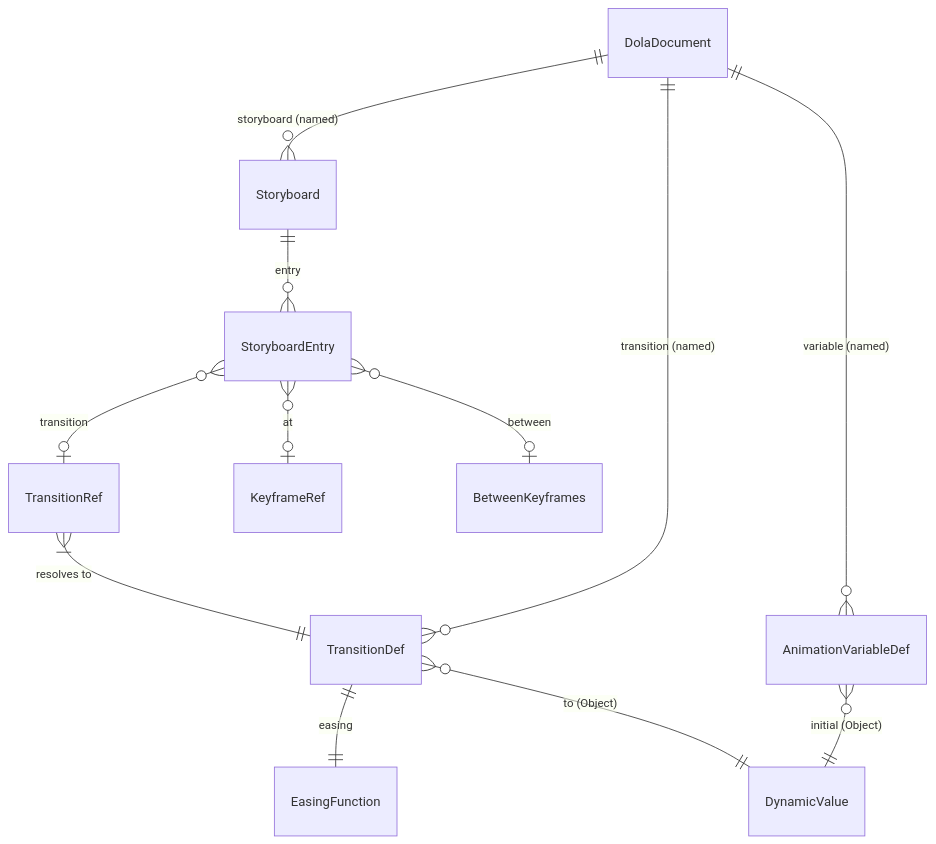
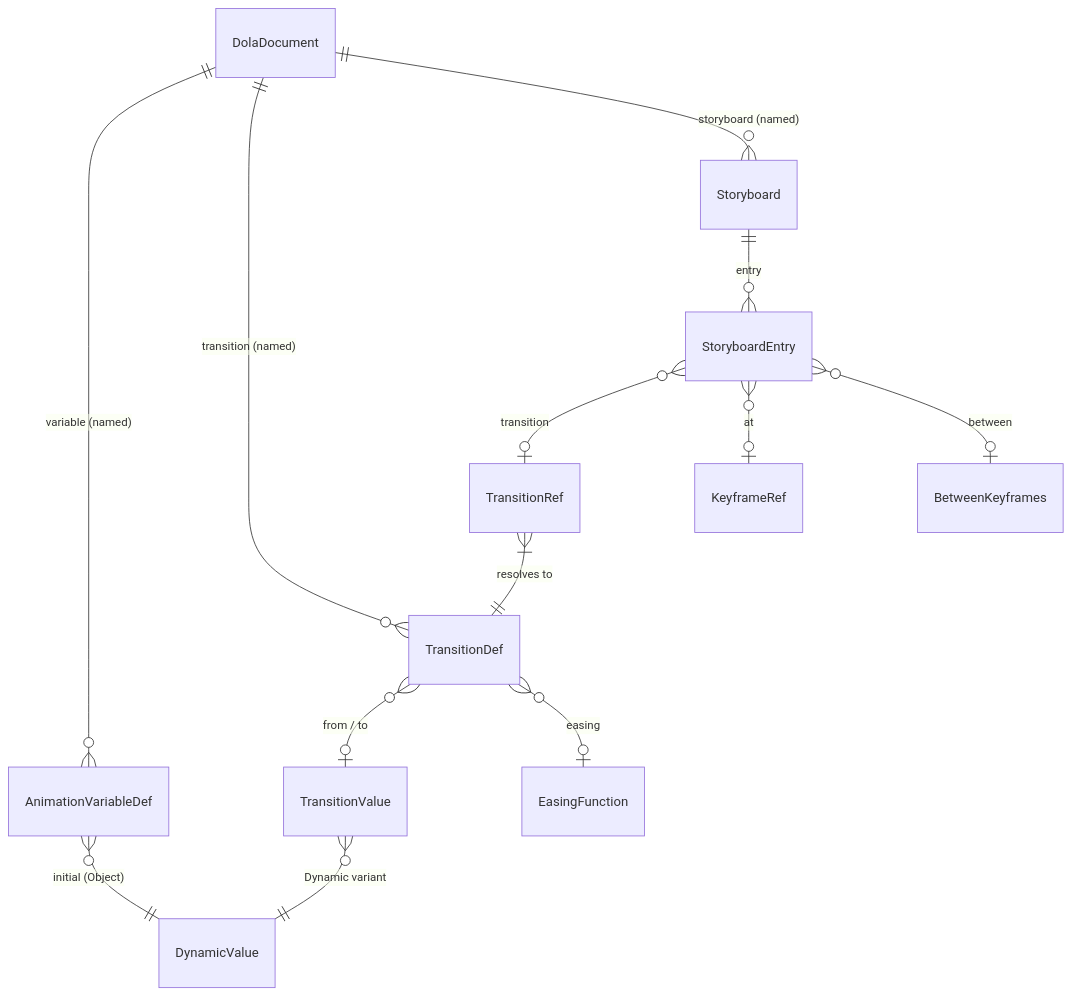
The second of 2 diagrams in .kiro/specs/dola-animation-system/design.md (ekicyou/dcomp_sample-rs), drawn with Mermaid before and after one commit. The commit also changed other lines of this file and 2 other files, not shown here.

````diff
--- a/.kiro/specs/dola-animation-system/design.md
+++ b/.kiro/specs/dola-animation-system/design.md
@@ -338,14 +348,15 @@
 ```mermaid
 erDiagram
     DolaDocument ||--o{ AnimationVariableDef : "variable (named)"
     DolaDocument ||--o{ TransitionDef : "transition (named)"
     DolaDocument ||--o{ Storyboard : "storyboard (named)"
     Storyboard ||--o{ StoryboardEntry : entry
     StoryboardEntry }o--o| TransitionRef : transition
     TransitionRef }|--|| TransitionDef : "resolves to"
-    TransitionDef ||--|| EasingFunction : easing
+    TransitionDef }o--o| TransitionValue : "from / to"
+    TransitionDef }o--o| EasingFunction : easing
+    TransitionValue }o--|| DynamicValue : "Dynamic variant"
     StoryboardEntry }o--o| KeyframeRef : at
     StoryboardEntry }o--o| BetweenKeyframes : between
     AnimationVariableDef }o--|| DynamicValue : "initial (Object)"
-    TransitionDef }o--|| DynamicValue : "to (Object)"
 ```
````
